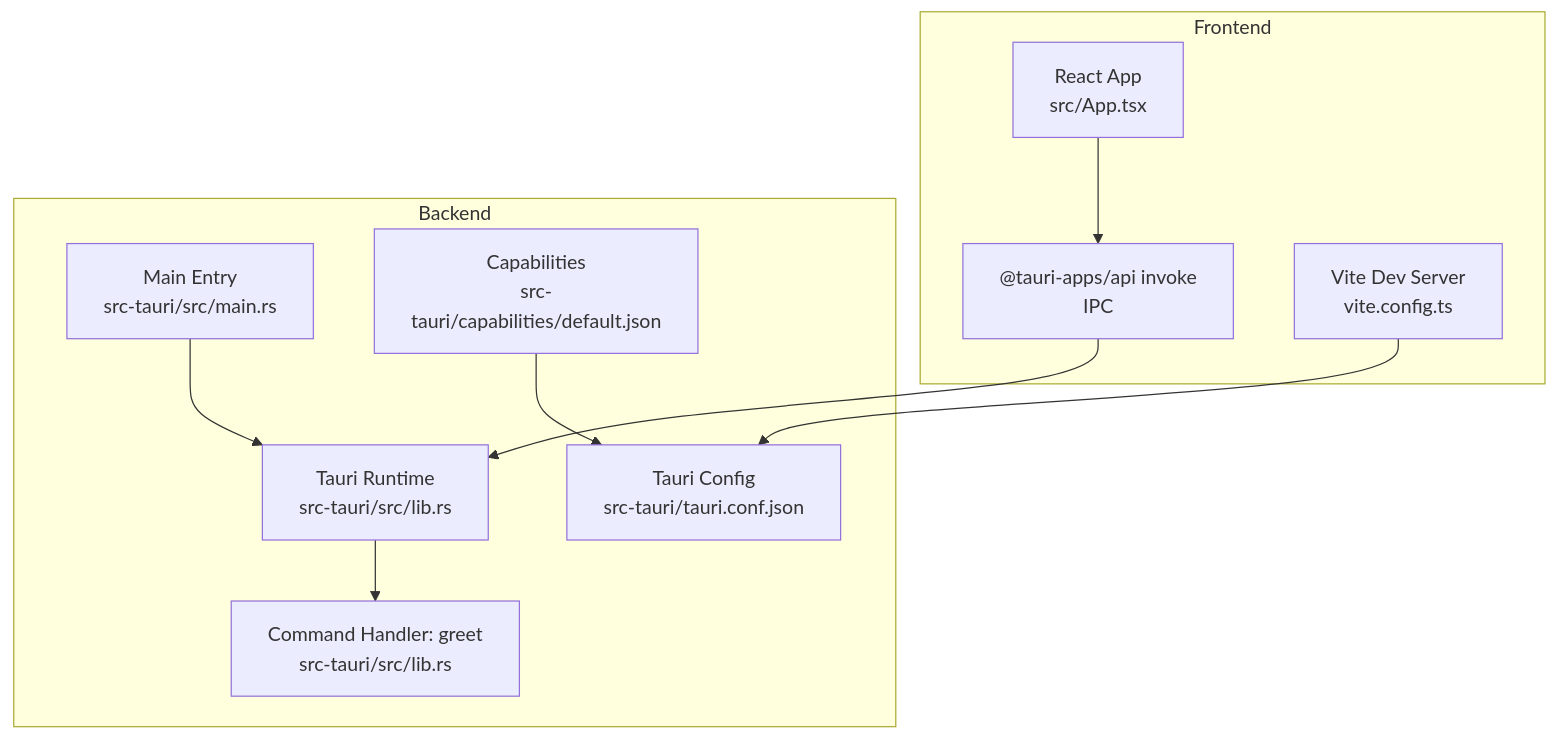
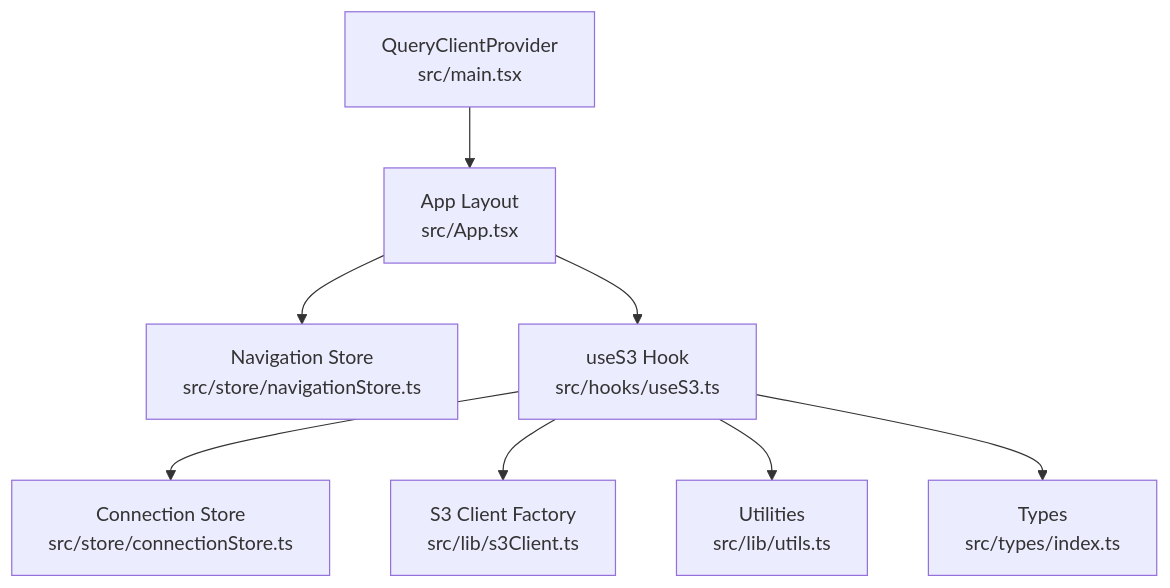
One commit to nasrulhadi/s3-explorer changed the second of 9 diagrams in .qoder/repowiki/en/content/Technical Implementation/Technical Implementation.md. Above: the diagram before and after it, drawn with Mermaid. The commit also changed other lines of this file and 46 other files, not shown here.

````diff
--- a/.qoder/repowiki/en/content/Technical Implementation/Technical Implementation.md
+++ b/.qoder/repowiki/en/content/Technical Implementation/Technical Implementation.md
@@ -129,21 +111,18 @@
 ```mermaid
 graph TB
-subgraph "Frontend"
-A["React App<br/>src/App.tsx"]
-B["@tauri-apps/api invoke<br/>IPC"]
-C["Vite Dev Server<br/>vite.config.ts"]
-end
-subgraph "Backend"
-D["Tauri Runtime<br/>src-tauri/src/lib.rs"]
-E["Command Handler: greet<br/>src-tauri/src/lib.rs"]
-F["Main Entry<br/>src-tauri/src/main.rs"]
-G["Capabilities<br/>src-tauri/capabilities/default.json"]
-H["Tauri Config<br/>src-tauri/tauri.conf.json"]
-end
-A --> B
-B --> D
-D --> E
-F --> D
-G --> H
-C --> H
+QCP["QueryClientProvider<br/>src/main.tsx"]
+APP["App Layout<br/>src/App.tsx"]
+NAV["Navigation Store<br/>src/store/navigationStore.ts"]
+CONN["Connection Store<br/>src/store/connectionStore.ts"]
+HOOK["useS3 Hook<br/>src/hooks/useS3.ts"]
+FACT["S3 Client Factory<br/>src/lib/s3Client.ts"]
+UTIL["Utilities<br/>src/lib/utils.ts"]
+TYPES["Types<br/>src/types/index.ts"]
+QCP --> APP
+APP --> NAV
+APP --> HOOK
+HOOK --> CONN
+HOOK --> FACT
+HOOK --> UTIL
+HOOK --> TYPES
 ```
````
